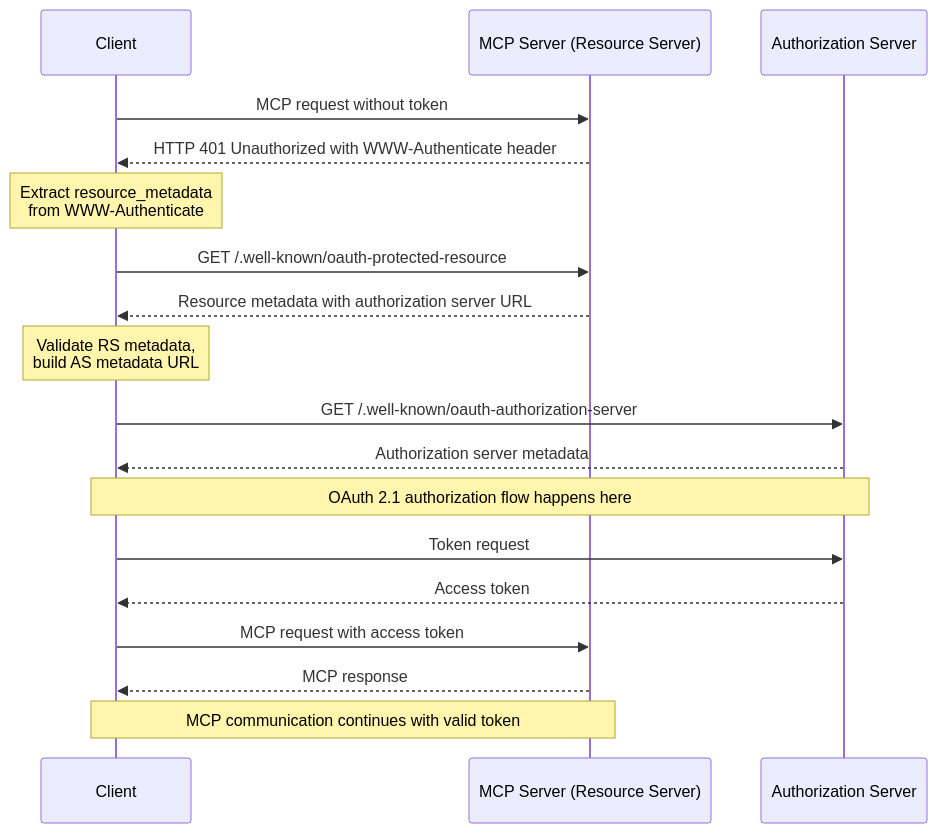
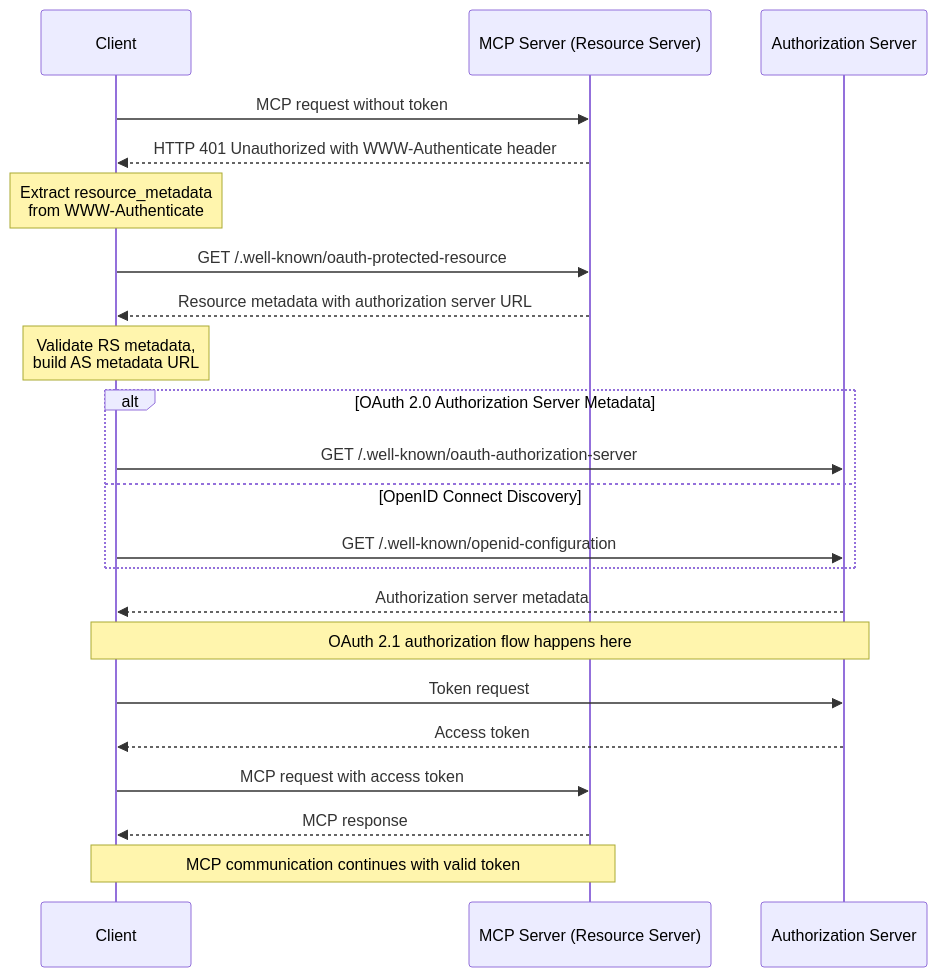
One commit to tobinsouth/modelcontextprotocol changed the first of 2 diagrams in docs/specification/draft/basic/authorization.mdx. Above: the diagram before and after it, drawn with Mermaid. The commit also changed other lines of this file, not shown here.

Commit message:
feat: enhance auth server discovery with OAuth2 and OpenID metadata support

````diff
--- a/docs/specification/draft/basic/authorization.mdx
+++ b/docs/specification/draft/basic/authorization.mdx
@@ -103,26 +101,30 @@
 ```mermaid
 sequenceDiagram
     participant C as Client
     participant M as MCP Server (Resource Server)
     participant A as Authorization Server
 
     C->>M: MCP request without token
     M-->>C: HTTP 401 Unauthorized with WWW-Authenticate header
     Note over C: Extract resource_metadata<br />from WWW-Authenticate
 
     C->>M: GET /.well-known/oauth-protected-resource
     M-->>C: Resource metadata with authorization server URL
     Note over C: Validate RS metadata,<br />build AS metadata URL
 
-    C->>A: GET /.well-known/oauth-authorization-server
+    alt OAuth 2.0 Authorization Server Metadata
+        C->>A: GET /.well-known/oauth-authorization-server
+    else OpenID Connect Discovery
+        C->>A: GET /.well-known/openid-configuration
+    end
     A-->>C: Authorization server metadata
 
     Note over C,A: OAuth 2.1 authorization flow happens here
 
     C->>A: Token request
     A-->>C: Access token
 
     C->>M: MCP request with access token
     M-->>C: MCP response
     Note over C,M: MCP communication continues with valid token
 ```
````
